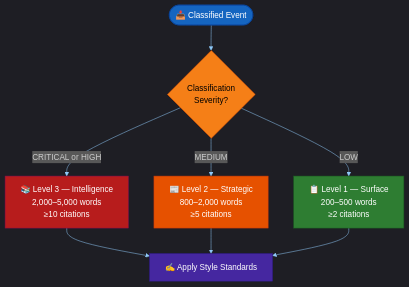
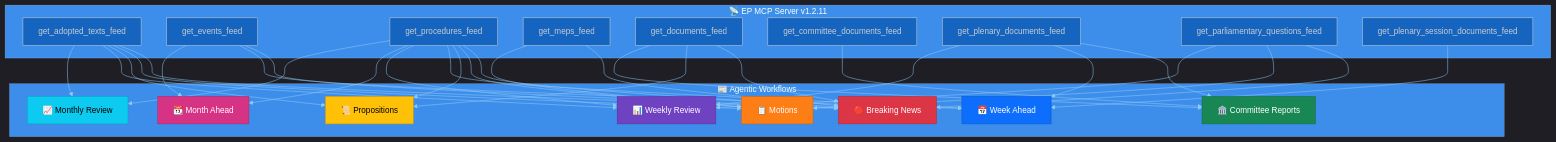
The fifth of 7 diagrams in docs/api/media/README-4.md (Hack23/euparliamentmonitor), drawn with Mermaid before and after one commit. The commit also changed other lines of this file and 1391 other files, not shown here.

````diff
--- a/docs/api/media/README-4.md
+++ b/docs/api/media/README-4.md
@@ -525,19 +518,45 @@
 ```mermaid
 %%{init: {"theme":"dark","themeVariables":{"primaryColor":"#1565C0","primaryTextColor":"#ffffff","primaryBorderColor":"#0A3F7F","lineColor":"#90CAF9","secondaryColor":"#2E7D32","secondaryTextColor":"#ffffff","secondaryBorderColor":"#0F3F00","tertiaryColor":"#FF9800","tertiaryTextColor":"#000000","tertiaryBorderColor":"#7F4F00","mainBkg":"#1565C0","secondBkg":"#2E7D32","tertiaryBkg":"#FF9800","noteBkgColor":"#FFC107","noteTextColor":"#000000","noteBorderColor":"#7F6000","errorBkgColor":"#D32F2F","errorTextColor":"#ffffff","fontFamily":"Inter, Helvetica, Arial, sans-serif","pie1":"#1565C0","pie2":"#2E7D32","pie3":"#FF9800","pie4":"#D32F2F","pie5":"#FFC107","pie6":"#7B1FA2","pie7":"#9E9E9E","pie8":"#0288D1","pie9":"#388E3C","pie10":"#F57C00","pie11":"#C62828","pie12":"#FBC02D","pieTitleTextSize":"18px","pieSectionTextSize":"14px","pieLegendTextSize":"13px","pieStrokeColor":"#1e1e1e","pieOuterStrokeColor":"#1e1e1e","git0":"#1565C0","git1":"#2E7D32","git2":"#FF9800","git3":"#D32F2F","gitBranchLabel0":"#ffffff","gitBranchLabel1":"#ffffff","gitBranchLabel2":"#000000","gitBranchLabel3":"#ffffff","cScale0":"#1565C0","cScale1":"#2E7D32","cScale2":"#FF9800","cScale3":"#D32F2F","cScale4":"#FFC107","cScale5":"#7B1FA2","cScale6":"#9E9E9E","cScale7":"#0288D1","xyChart":{"backgroundColor":"#1e1e1e","plotColorPalette":"#1565C0,#2E7D32,#FF9800,#D32F2F,#FFC107,#7B1FA2,#9E9E9E"}}}}%%
 flowchart TD
-    Input([📥 Classified Event]) --> Sev{Classification<br/>Severity?}
-    Sev -->|CRITICAL or HIGH| L3[📚 Level 3 — Intelligence<br/>2,000–5,000 words<br/>≥10 citations]
-    Sev -->|MEDIUM| L2[📰 Level 2 — Strategic<br/>800–2,000 words<br/>≥5 citations]
-    Sev -->|LOW| L1[📋 Level 1 — Surface<br/>200–500 words<br/>≥2 citations]
+    subgraph "📡 EP MCP Server v1.2.11"
+        F1["get_adopted_texts_feed"]
+        F2["get_events_feed"]
+        F3["get_procedures_feed"]
+        F4["get_meps_feed"]
+        F5["get_documents_feed"]
+        F6["get_committee_documents_feed"]
+        F7["get_plenary_documents_feed"]
+        F8["get_parliamentary_questions_feed"]
+        F9["get_plenary_session_documents_feed"]
+    end
 
-    L3 --> Review[✍️ Apply Style Standards]
-    L2 --> Review
-    L1 --> Review
+    subgraph "📰 Agentic Workflows"
+        W1["🔴 Breaking News"]
+        W2["📋 Motions"]
+        W3["📜 Propositions"]
+        W4["🏛️ Committee Reports"]
+        W5["📅 Week Ahead"]
+        W6["📊 Weekly Review"]
+        W7["📆 Month Ahead"]
+        W8["📈 Monthly Review"]
+    end
 
-    style Input fill:#1565C0,stroke:#0D47A1,color:#FFFFFF
-    style Sev fill:#F57F17,stroke:#E65100,color:#000000
-    style L3 fill:#B71C1C,stroke:#880E4F,color:#FFFFFF
-    style L2 fill:#E65100,stroke:#BF360C,color:#FFFFFF
-    style L1 fill:#2E7D32,stroke:#1B5E20,color:#FFFFFF
-    style Review fill:#4527A0,stroke:#311B92,color:#FFFFFF
+    F1 --> W1 & W2 & W3 & W6 & W8
+    F2 --> W1 & W5 & W7
+    F3 --> W1 & W2 & W3 & W5 & W6 & W7 & W8
+    F4 --> W1 & W2
+    F5 --> W1 & W3 & W4
+    F6 --> W4
+    F7 --> W4 & W5 & W6
+    F8 --> W1 & W2 & W6
+    F9 --> W5
+
+    style W1 fill:#dc3545,stroke:#b02a37,color:#fff
+    style W2 fill:#fd7e14,stroke:#ca6510,color:#fff
+    style W3 fill:#ffc107,stroke:#cc9a06,color:#000
+    style W4 fill:#198754,stroke:#146c43,color:#fff
+    style W5 fill:#0d6efd,stroke:#0a58ca,color:#fff
+    style W6 fill:#6f42c1,stroke:#59359a,color:#fff
+    style W7 fill:#d63384,stroke:#ab296a,color:#fff
+    style W8 fill:#0dcaf0,stroke:#0aa2c0,color:#000
 ```
````
